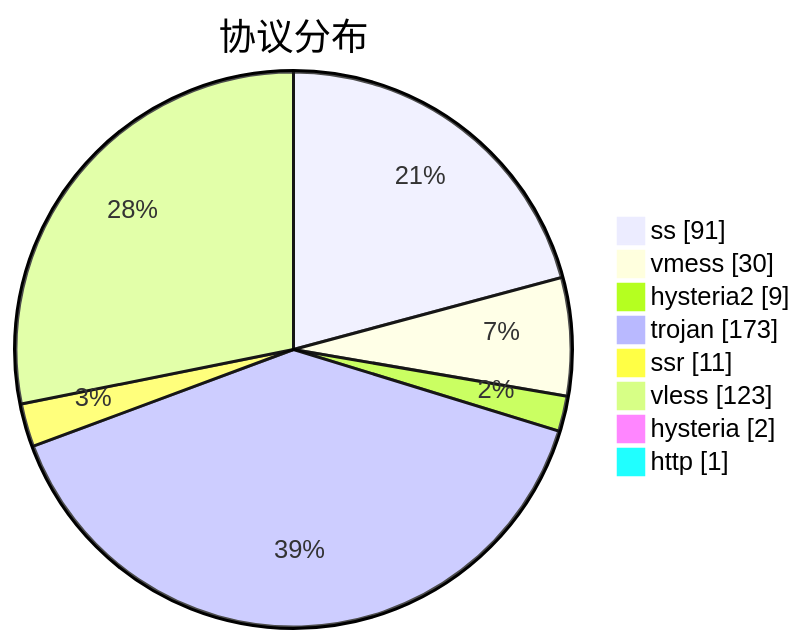
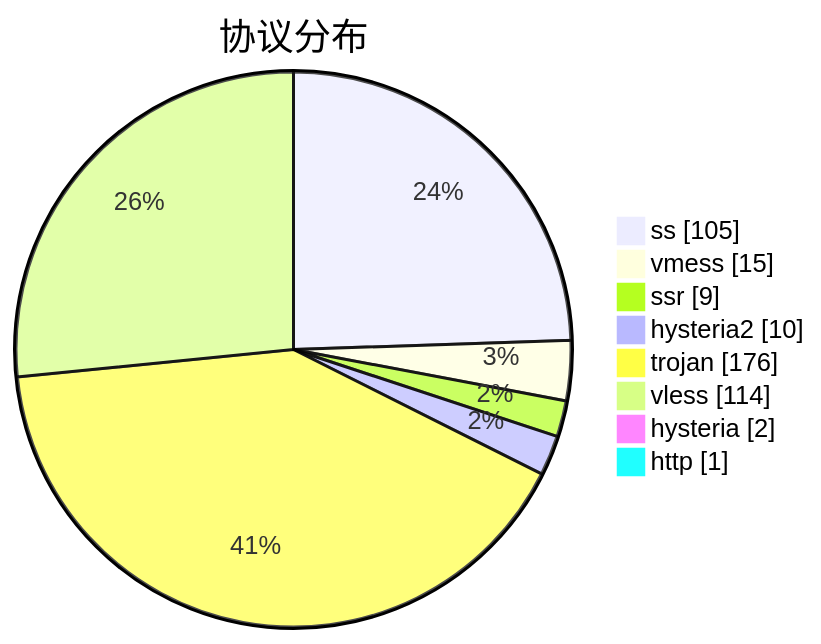
Before and after one commit to sinspired/airport: the third of 3 diagrams in subs/statistics/tested_within.md, drawn with Mermaid. The commit also changed other lines of this file and 2 other files, not shown here.

````diff
--- a/subs/statistics/tested_within.md
+++ b/subs/statistics/tested_within.md
@@ -60,12 +57,12 @@
 ```mermaid
 pie showData
 title 协议分布
-"ss" : 91
-"vmess" : 30
-"hysteria2" : 9
-"trojan" : 173
-"ssr" : 11
-"vless" : 123
+"ss" : 105
+"vmess" : 15
+"ssr" : 9
+"hysteria2" : 10
+"trojan" : 176
+"vless" : 114
 "hysteria" : 2
 "http" : 1
 ```
````
